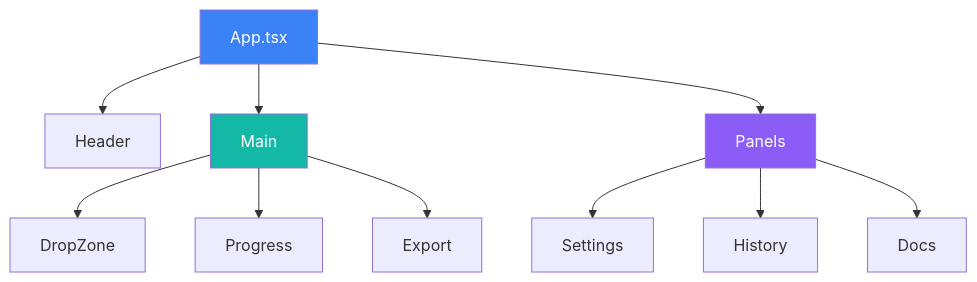
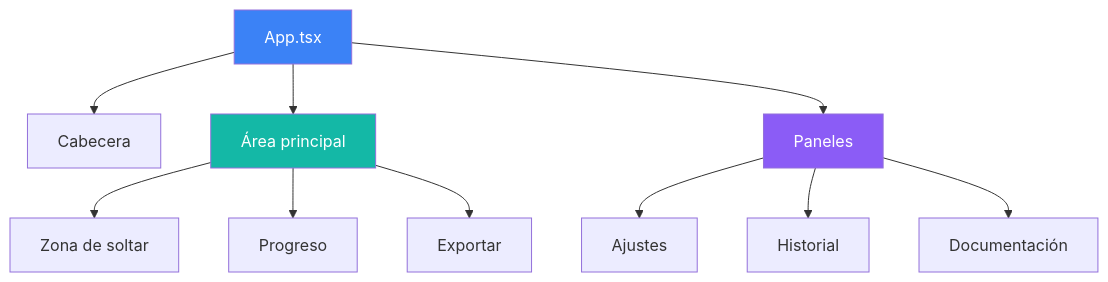
One commit to duckling-ui/duckling changed the seventh of 8 diagrams in docs/es/architecture/diagrams.md. Above: the diagram before and after it, drawn with Mermaid. The commit also changed other lines of this file and 133 other files, not shown here.

````diff
--- a/docs/es/architecture/diagrams.md
+++ b/docs/es/architecture/diagrams.md
@@ -190,20 +190,20 @@
 ```mermaid
 graph TD
     App[App.tsx]
 
-    App --> Header
-    App --> Main
-    App --> Panels
+    App --> Header[Cabecera]
+    App --> Main[Área principal]
+    App --> Panels[Paneles]
 
-    Main --> DropZone
-    Main --> Progress
-    Main --> Export
+    Main --> DropZone[Zona de soltar]
+    Main --> Progress[Progreso]
+    Main --> Export[Exportar]
 
-    Panels --> Settings
-    Panels --> History
-    Panels --> Docs
+    Panels --> Settings[Ajustes]
+    Panels --> History[Historial]
+    Panels --> Docs[Documentación]
 
     style App fill:#3b82f6,color:#fff
     style Main fill:#14b8a6,color:#fff
     style Panels fill:#8b5cf6,color:#fff
 ```
````
